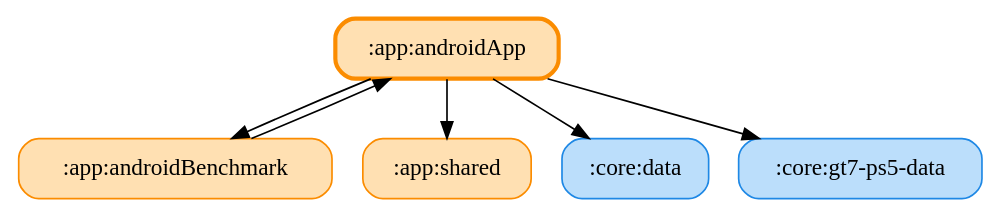
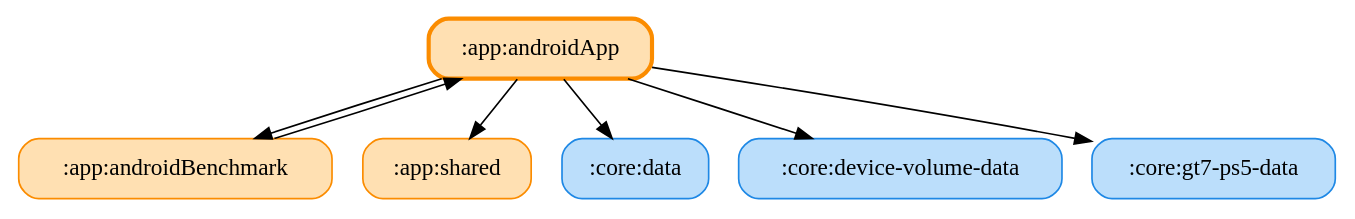
The diagram in docs/graphs/app-androidApp.gv (ai-kurou/KoDriver), drawn with Graphviz before and after one commit. The commit also changed 2 other files, not shown here.

Commit message:
chore: update module graph images

```diff
--- a/docs/graphs/app-androidApp.gv
+++ b/docs/graphs/app-androidApp.gv
@@ -1,14 +1,16 @@
 digraph G {
   rankdir=TB
   node [shape=box, style="rounded,filled"]
   ":app:androidApp" [fillcolor="#FFE0B2", color="#FB8C00", penwidth=2.5]
   ":app:androidBenchmark" [fillcolor="#FFE0B2", color="#FB8C00", penwidth=1]
   ":app:shared" [fillcolor="#FFE0B2", color="#FB8C00", penwidth=1]
   ":core:data" [fillcolor="#BBDEFB", color="#1E88E5", penwidth=1]
+  ":core:device-volume-data" [fillcolor="#BBDEFB", color="#1E88E5", penwidth=1]
   ":core:gt7-ps5-data" [fillcolor="#BBDEFB", color="#1E88E5", penwidth=1]
   ":app:androidApp" -> ":app:shared"
   ":app:androidApp" -> ":app:androidBenchmark"
   ":app:androidApp" -> ":core:data"
   ":app:androidApp" -> ":core:gt7-ps5-data"
+  ":app:androidApp" -> ":core:device-volume-data"
   ":app:androidBenchmark" -> ":app:androidApp"
 }
```
